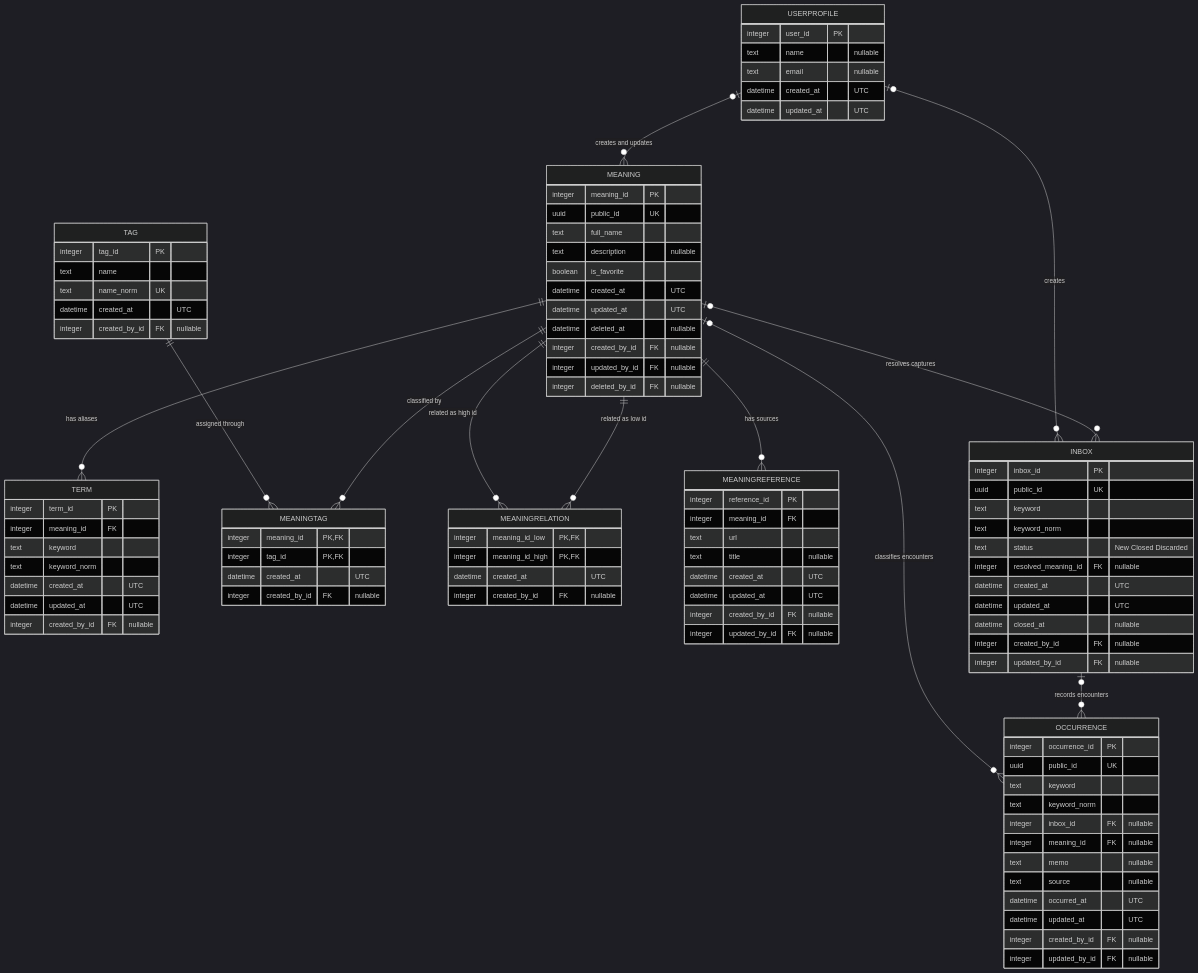
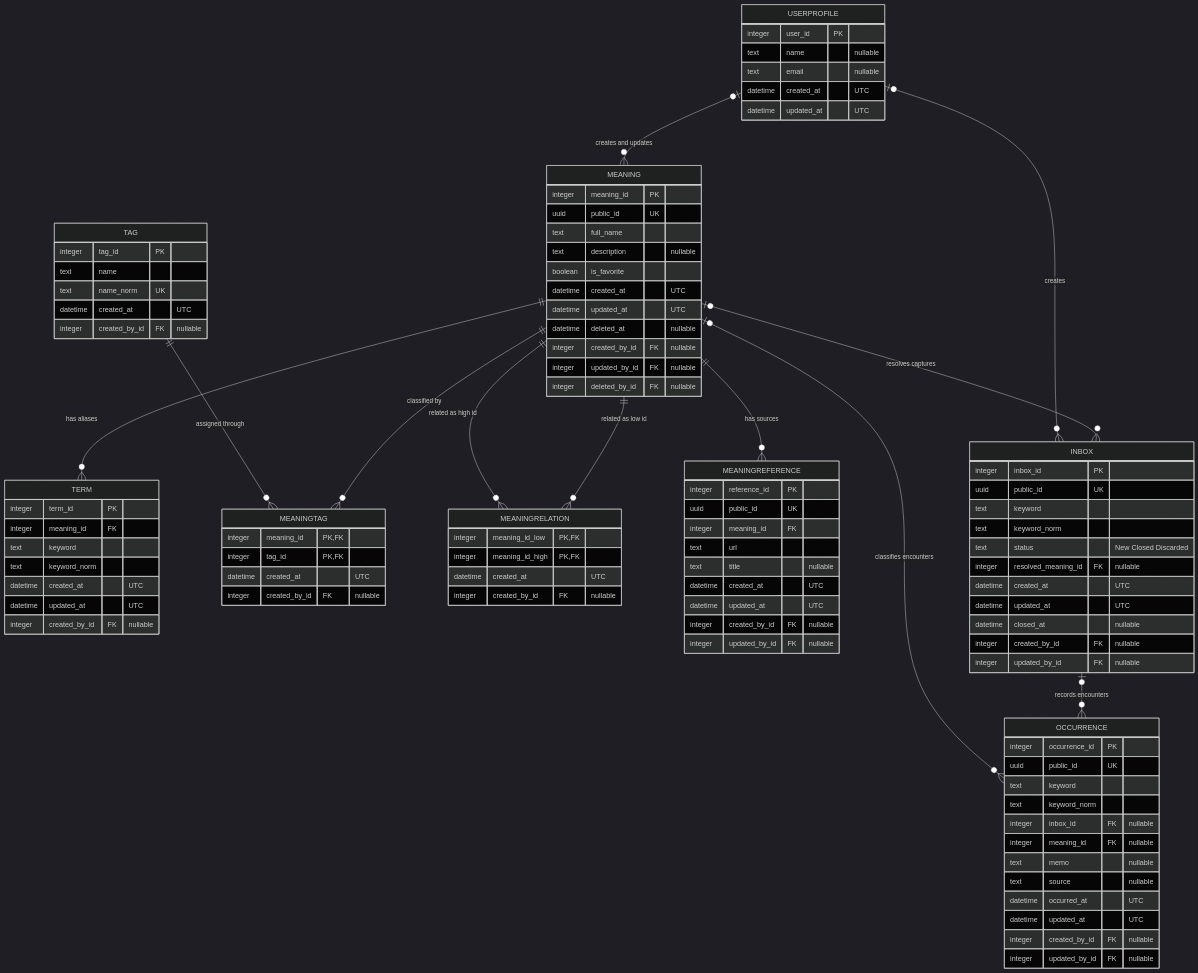
The first of 2 diagrams in docs/003_domain_model.md (niikei/TermKeeper), drawn with Mermaid (dark theme) before and after one commit. The commit also changed other lines of this file and 25 other files, not shown here.

Commit message:
feat: harden external APIs and schema migrations

```diff
--- a/docs/003_domain_model.md
+++ b/docs/003_domain_model.md
@@ -82,6 +82,7 @@
 
     MEANINGREFERENCE {
         integer reference_id PK
+        uuid public_id UK
         integer meaning_id FK
         text url
         text title "nullable"
```
